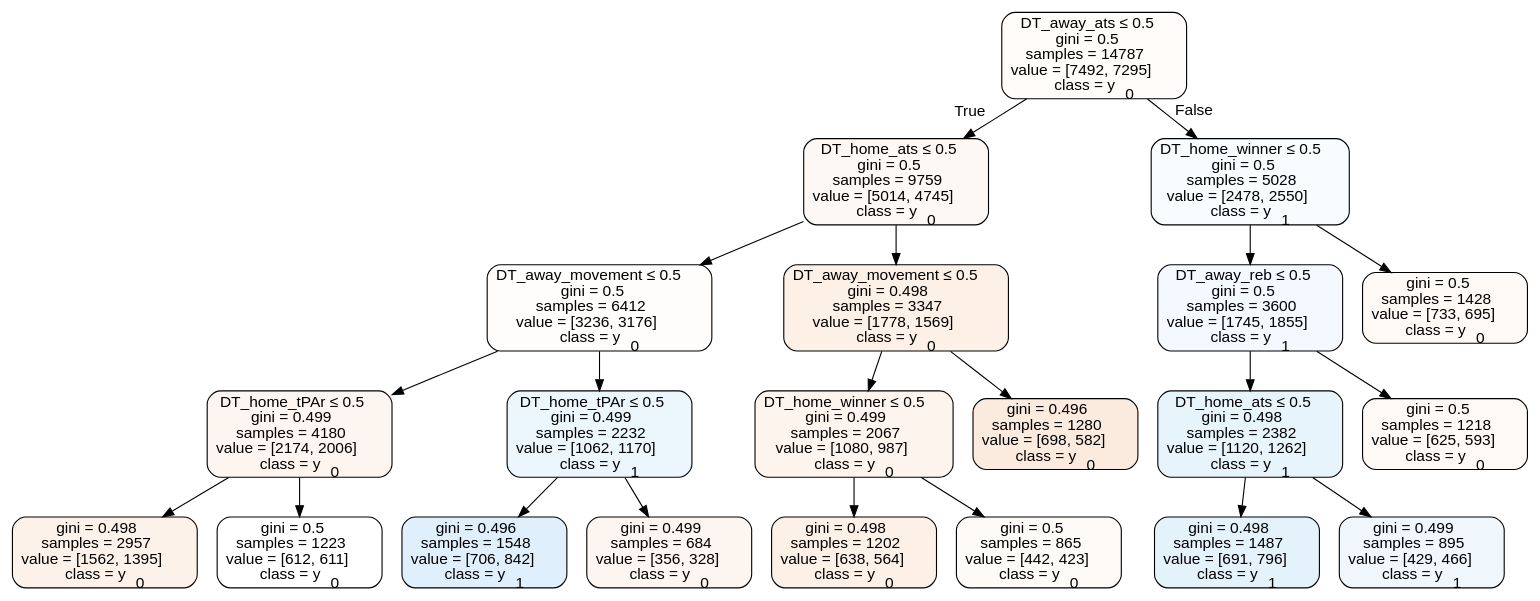
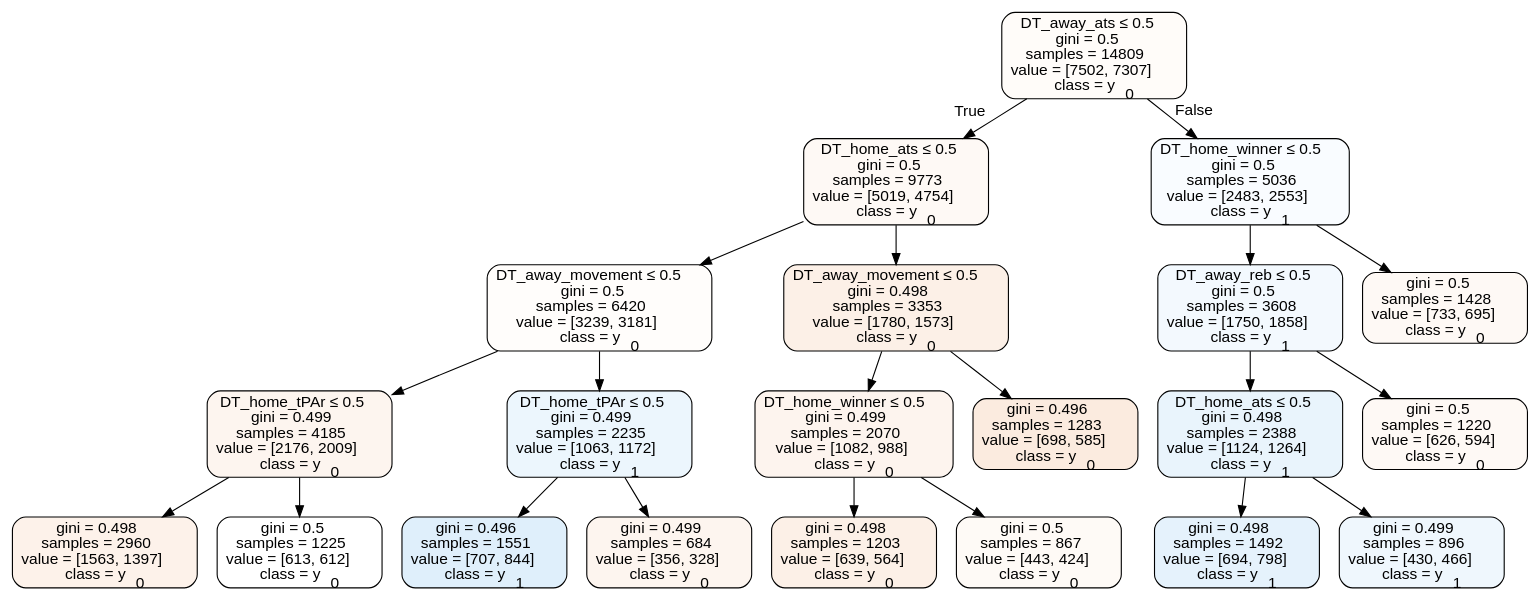
One commit to usbogie/ncaa-bets changed the diagram in Basketball/data/trees/tree2017home.dot. Above: the diagram before and after it, drawn with Graphviz. The commit also changed 29 other files, not shown here.

```diff
--- a/Basketball/data/trees/tree2017home.dot
+++ b/Basketball/data/trees/tree2017home.dot
@@ -1,45 +1,45 @@
 digraph Tree {
 node [shape=box, style="filled, rounded", color="black", fontname=helvetica] ;
 edge [fontname=helvetica] ;
-0 [label=<DT_away_ats &le; 0.5<br/>gini = 0.5<br/>samples = 14787<br/>value = [7492, 7295]<br/>class = y<SUB>0</SUB>>, fillcolor="#e5813907"] ;
-1 [label=<DT_home_ats &le; 0.5<br/>gini = 0.5<br/>samples = 9759<br/>value = [5014, 4745]<br/>class = y<SUB>0</SUB>>, fillcolor="#e581390e"] ;
+0 [label=<DT_away_ats &le; 0.5<br/>gini = 0.5<br/>samples = 14809<br/>value = [7502, 7307]<br/>class = y<SUB>0</SUB>>, fillcolor="#e5813907"] ;
+1 [label=<DT_home_ats &le; 0.5<br/>gini = 0.5<br/>samples = 9773<br/>value = [5019, 4754]<br/>class = y<SUB>0</SUB>>, fillcolor="#e581390d"] ;
 0 -> 1 [labeldistance=2.5, labelangle=45, headlabel="True"] ;
-2 [label=<DT_away_movement &le; 0.5<br/>gini = 0.5<br/>samples = 6412<br/>value = [3236, 3176]<br/>class = y<SUB>0</SUB>>, fillcolor="#e5813905"] ;
+2 [label=<DT_away_movement &le; 0.5<br/>gini = 0.5<br/>samples = 6420<br/>value = [3239, 3181]<br/>class = y<SUB>0</SUB>>, fillcolor="#e5813905"] ;
 1 -> 2 ;
-3 [label=<DT_home_tPAr &le; 0.5<br/>gini = 0.499<br/>samples = 4180<br/>value = [2174, 2006]<br/>class = y<SUB>0</SUB>>, fillcolor="#e5813914"] ;
+3 [label=<DT_home_tPAr &le; 0.5<br/>gini = 0.499<br/>samples = 4185<br/>value = [2176, 2009]<br/>class = y<SUB>0</SUB>>, fillcolor="#e5813914"] ;
 2 -> 3 ;
-4 [label=<gini = 0.498<br/>samples = 2957<br/>value = [1562, 1395]<br/>class = y<SUB>0</SUB>>, fillcolor="#e581391b"] ;
+4 [label=<gini = 0.498<br/>samples = 2960<br/>value = [1563, 1397]<br/>class = y<SUB>0</SUB>>, fillcolor="#e581391b"] ;
 3 -> 4 ;
-5 [label=<gini = 0.5<br/>samples = 1223<br/>value = [612, 611]<br/>class = y<SUB>0</SUB>>, fillcolor="#e5813900"] ;
+5 [label=<gini = 0.5<br/>samples = 1225<br/>value = [613, 612]<br/>class = y<SUB>0</SUB>>, fillcolor="#e5813900"] ;
 3 -> 5 ;
-6 [label=<DT_home_tPAr &le; 0.5<br/>gini = 0.499<br/>samples = 2232<br/>value = [1062, 1170]<br/>class = y<SUB>1</SUB>>, fillcolor="#399de518"] ;
+6 [label=<DT_home_tPAr &le; 0.5<br/>gini = 0.499<br/>samples = 2235<br/>value = [1063, 1172]<br/>class = y<SUB>1</SUB>>, fillcolor="#399de518"] ;
 2 -> 6 ;
-7 [label=<gini = 0.496<br/>samples = 1548<br/>value = [706, 842]<br/>class = y<SUB>1</SUB>>, fillcolor="#399de529"] ;
+7 [label=<gini = 0.496<br/>samples = 1551<br/>value = [707, 844]<br/>class = y<SUB>1</SUB>>, fillcolor="#399de529"] ;
 6 -> 7 ;
 8 [label=<gini = 0.499<br/>samples = 684<br/>value = [356, 328]<br/>class = y<SUB>0</SUB>>, fillcolor="#e5813914"] ;
 6 -> 8 ;
-9 [label=<DT_away_movement &le; 0.5<br/>gini = 0.498<br/>samples = 3347<br/>value = [1778, 1569]<br/>class = y<SUB>0</SUB>>, fillcolor="#e581391e"] ;
+9 [label=<DT_away_movement &le; 0.5<br/>gini = 0.498<br/>samples = 3353<br/>value = [1780, 1573]<br/>class = y<SUB>0</SUB>>, fillcolor="#e581391e"] ;
 1 -> 9 ;
-10 [label=<DT_home_winner &le; 0.5<br/>gini = 0.499<br/>samples = 2067<br/>value = [1080, 987]<br/>class = y<SUB>0</SUB>>, fillcolor="#e5813916"] ;
+10 [label=<DT_home_winner &le; 0.5<br/>gini = 0.499<br/>samples = 2070<br/>value = [1082, 988]<br/>class = y<SUB>0</SUB>>, fillcolor="#e5813916"] ;
 9 -> 10 ;
-11 [label=<gini = 0.498<br/>samples = 1202<br/>value = [638, 564]<br/>class = y<SUB>0</SUB>>, fillcolor="#e581391e"] ;
+11 [label=<gini = 0.498<br/>samples = 1203<br/>value = [639, 564]<br/>class = y<SUB>0</SUB>>, fillcolor="#e581391e"] ;
 10 -> 11 ;
-12 [label=<gini = 0.5<br/>samples = 865<br/>value = [442, 423]<br/>class = y<SUB>0</SUB>>, fillcolor="#e581390b"] ;
+12 [label=<gini = 0.5<br/>samples = 867<br/>value = [443, 424]<br/>class = y<SUB>0</SUB>>, fillcolor="#e581390b"] ;
 10 -> 12 ;
-13 [label=<gini = 0.496<br/>samples = 1280<br/>value = [698, 582]<br/>class = y<SUB>0</SUB>>, fillcolor="#e581392a"] ;
+13 [label=<gini = 0.496<br/>samples = 1283<br/>value = [698, 585]<br/>class = y<SUB>0</SUB>>, fillcolor="#e5813929"] ;
 9 -> 13 ;
-14 [label=<DT_home_winner &le; 0.5<br/>gini = 0.5<br/>samples = 5028<br/>value = [2478, 2550]<br/>class = y<SUB>1</SUB>>, fillcolor="#399de507"] ;
+14 [label=<DT_home_winner &le; 0.5<br/>gini = 0.5<br/>samples = 5036<br/>value = [2483, 2553]<br/>class = y<SUB>1</SUB>>, fillcolor="#399de507"] ;
 0 -> 14 [labeldistance=2.5, labelangle=-45, headlabel="False"] ;
-15 [label=<DT_away_reb &le; 0.5<br/>gini = 0.5<br/>samples = 3600<br/>value = [1745, 1855]<br/>class = y<SUB>1</SUB>>, fillcolor="#399de50f"] ;
+15 [label=<DT_away_reb &le; 0.5<br/>gini = 0.5<br/>samples = 3608<br/>value = [1750, 1858]<br/>class = y<SUB>1</SUB>>, fillcolor="#399de50f"] ;
 14 -> 15 ;
-16 [label=<DT_home_ats &le; 0.5<br/>gini = 0.498<br/>samples = 2382<br/>value = [1120, 1262]<br/>class = y<SUB>1</SUB>>, fillcolor="#399de51d"] ;
+16 [label=<DT_home_ats &le; 0.5<br/>gini = 0.498<br/>samples = 2388<br/>value = [1124, 1264]<br/>class = y<SUB>1</SUB>>, fillcolor="#399de51c"] ;
 15 -> 16 ;
-17 [label=<gini = 0.498<br/>samples = 1487<br/>value = [691, 796]<br/>class = y<SUB>1</SUB>>, fillcolor="#399de522"] ;
+17 [label=<gini = 0.498<br/>samples = 1492<br/>value = [694, 798]<br/>class = y<SUB>1</SUB>>, fillcolor="#399de521"] ;
 16 -> 17 ;
-18 [label=<gini = 0.499<br/>samples = 895<br/>value = [429, 466]<br/>class = y<SUB>1</SUB>>, fillcolor="#399de514"] ;
+18 [label=<gini = 0.499<br/>samples = 896<br/>value = [430, 466]<br/>class = y<SUB>1</SUB>>, fillcolor="#399de514"] ;
 16 -> 18 ;
-19 [label=<gini = 0.5<br/>samples = 1218<br/>value = [625, 593]<br/>class = y<SUB>0</SUB>>, fillcolor="#e581390d"] ;
+19 [label=<gini = 0.5<br/>samples = 1220<br/>value = [626, 594]<br/>class = y<SUB>0</SUB>>, fillcolor="#e581390d"] ;
 15 -> 19 ;
 20 [label=<gini = 0.5<br/>samples = 1428<br/>value = [733, 695]<br/>class = y<SUB>0</SUB>>, fillcolor="#e581390d"] ;
 14 -> 20 ;
 }
```
